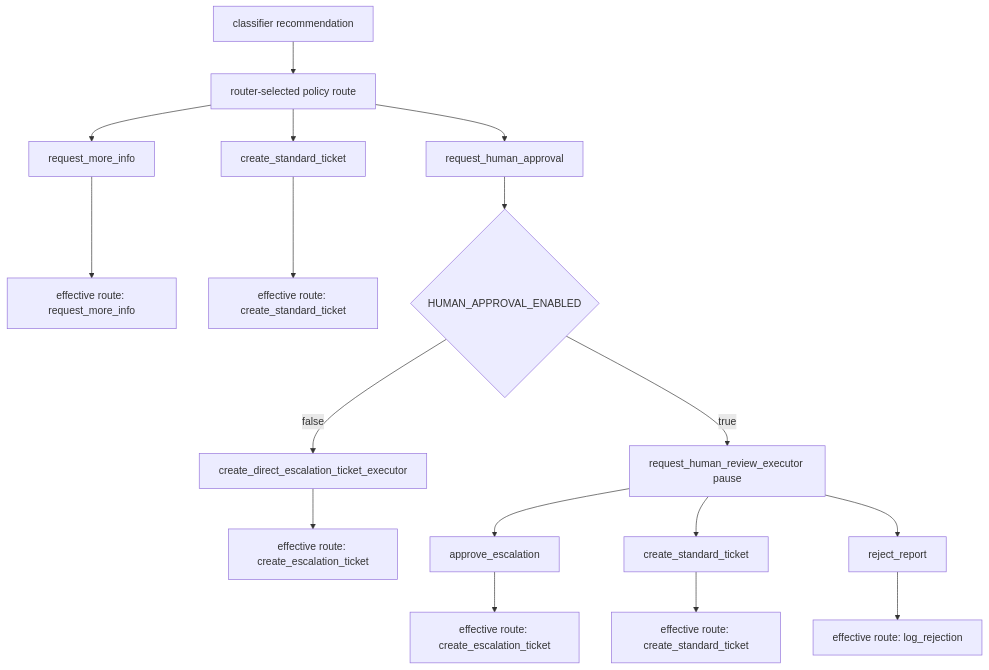
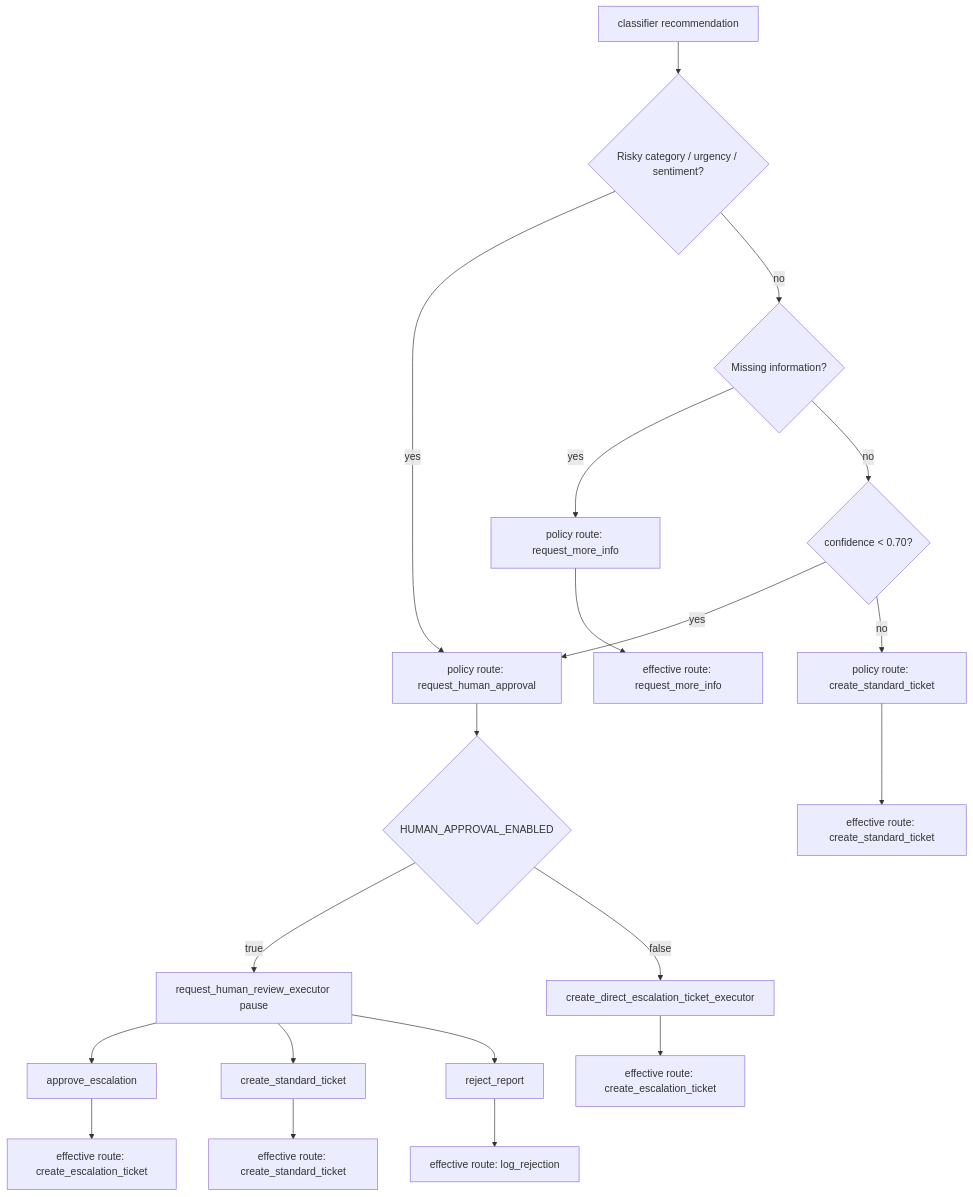
One commit to acutedev/bug-triage-workflow-python changed the second of 3 diagrams in README.md. Above: the diagram before and after it, drawn with Mermaid. The commit also changed other lines of this file, not shown here.

Commit message:
Document low-confidence review workflow

````diff
--- a/README.md
+++ b/README.md
@@ -196,19 +209,23 @@
 ```mermaid
 flowchart TD
-  recommendation["classifier recommendation"] --> router["router-selected policy route"]
-  router --> more_info["request_more_info"]
-  router --> standard["create_standard_ticket"]
-  router --> approval["request_human_approval"]
+  recommendation["classifier recommendation"] --> risk{"Risky category / urgency / sentiment?"}
+  risk -->|"yes"| approval["policy route: request_human_approval"]
+  risk -->|"no"| missing{"Missing information?"}
+  missing -->|"yes"| more_info["policy route: request_more_info"]
+  missing -->|"no"| confidence{"confidence < 0.70?"}
+  confidence -->|"yes"| approval
+  confidence -->|"no"| standard["policy route: create_standard_ticket"]
+
   more_info --> effective_more["effective route: request_more_info"]
   standard --> effective_standard["effective route: create_standard_ticket"]
   approval --> enabled{"HUMAN_APPROVAL_ENABLED"}
   enabled -->|"true"| pause["request_human_review_executor pause"]
   enabled -->|"false"| direct["create_direct_escalation_ticket_executor"]
   direct --> effective_direct["effective route: create_escalation_ticket"]
   pause --> approve["approve_escalation"]
   pause --> override["create_standard_ticket"]
   pause --> reject["reject_report"]
   approve --> effective_escalation["effective route: create_escalation_ticket"]
   override --> effective_override["effective route: create_standard_ticket"]
   reject --> effective_rejection["effective route: log_rejection"]
 ```
````
